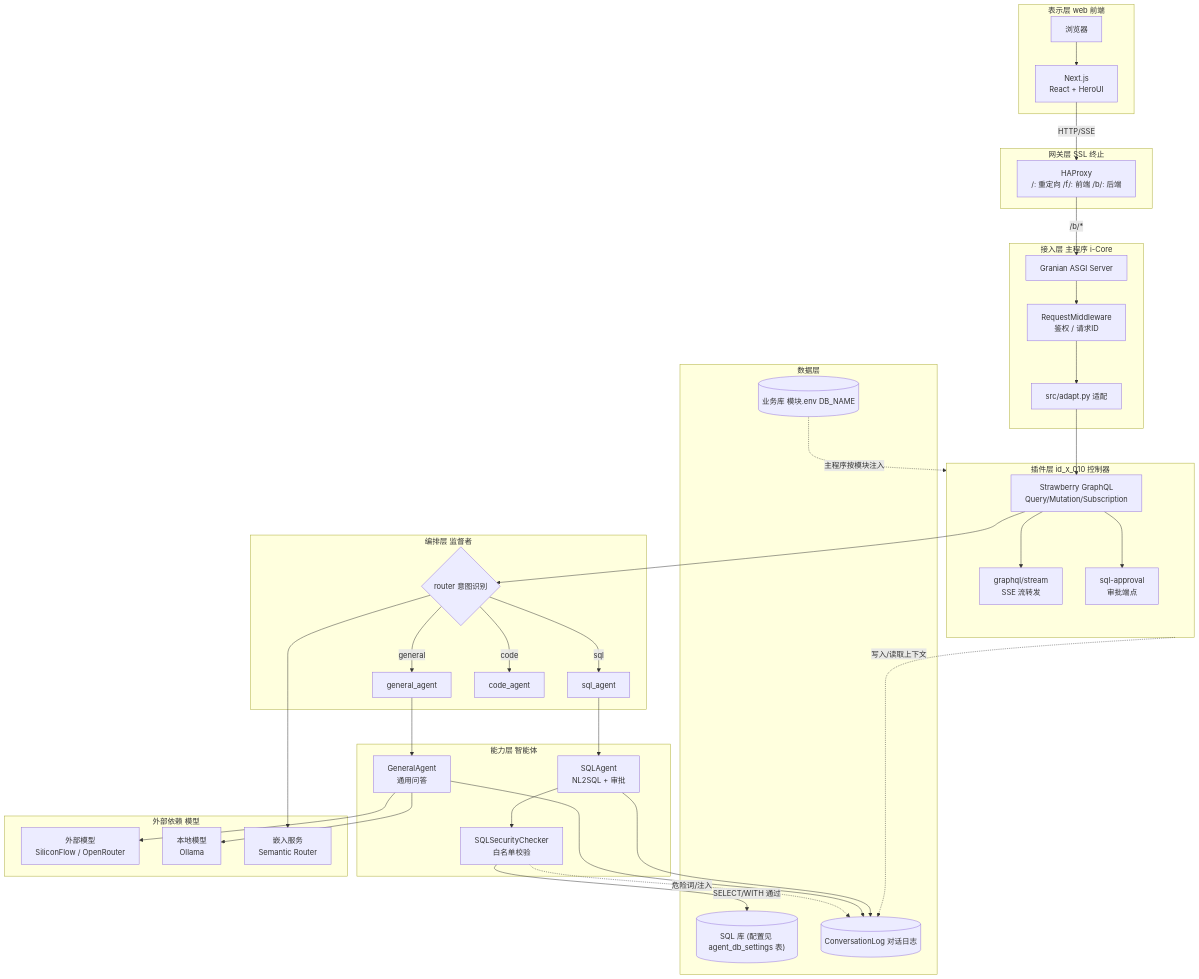
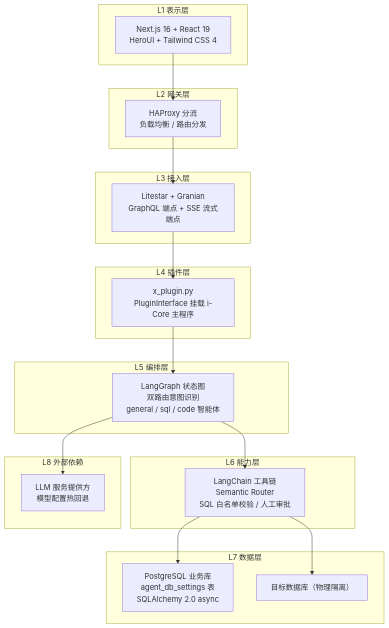
One commit to i-TorchLabs/id_x_010 changed the first of 2 diagrams in README.md. Above: the diagram before and after it, drawn with Mermaid. The commit also changed other lines of this file, not shown here.

````diff
--- a/README.md
+++ b/README.md
@@ -66,70 +67,37 @@
 ```mermaid
 graph TB
-  subgraph L1[表示层 web 前端]
-    Browser[浏览器]
-    NextJS["Next.js<br/>React + HeroUI"]
-  end
+    subgraph L1["L1 表示层"]
+        UI["Next.js 16 + React 19<br/>HeroUI + Tailwind CSS 4"]
+    end
+    subgraph L2["L2 网关层"]
+        GW["HAProxy 分流<br/>负载均衡 / 路由分发"]
+    end
+    subgraph L3["L3 接入层"]
+        AC["Litestar + Granian<br/>GraphQL 端点 + SSE 流式端点"]
+    end
+    subgraph L4["L4 插件层"]
+        PL["x_plugin.py<br/>PluginInterface 挂载 i-Core 主程序"]
+    end
+    subgraph L5["L5 编排层"]
+        OR["LangGraph 状态图<br/>双路由意图识别<br/>general / sql / code 智能体"]
+    end
+    subgraph L6["L6 能力层"]
+        CA["LangChain 工具链<br/>Semantic Router<br/>SQL 白名单校验 / 人工审批"]
+    end
+    subgraph L7["L7 数据层"]
+        DB["PostgreSQL 业务库<br/>agent_db_settings 表<br/>SQLAlchemy 2.0 async"]
+        TDB["目标数据库（物理隔离）"]
+    end
+    subgraph L8["L8 外部依赖"]
+        EXT["LLM 服务提供方<br/>模型配置热回退"]
+    end
 
-  subgraph L2[网关层 SSL 终止]
-    HAProxy[HAProxy<br/>/: 重定向 /f/: 前端 /b/: 后端]
-  end
-
-  subgraph L3[接入层 主程序 i-Core]
-    Granian[Granian ASGI Server]
-    MW[RequestMiddleware<br/>鉴权 / 请求ID]
-    Adapt["src/adapt.py 适配"]
-  end
-
-  subgraph L4[插件层 id_x_010 控制器]
-    GQL[Strawberry GraphQL<br/>Query/Mutation/Subscription]
-    SSE[graphql/stream<br/>SSE 流转发]
-    Approve[sql-approval<br/>审批端点]
-  end
-
-  subgraph L5[编排层 监督者]
-    Router{router 意图识别}
-    Router -->|general| GenA[general_agent]
-    Router -->|sql| SqlA[sql_agent]
-    Router -->|code| CodeA[code_agent]
-  end
-
-  subgraph L6[能力层 智能体]
-    General[GeneralAgent<br/>通用问答]
-    SQLAgent["SQLAgent<br/>NL2SQL + 审批"]
-    SACheck[SQLSecurityChecker<br/>白名单校验]
-  end
-
-  subgraph L7[数据层]
-    BizDB[(业务库 模块.env DB_NAME)]
-    AgentDB[("SQL 库 (配置见 agent_db_settings 表)")]
-    ConvLog[(ConversationLog 对话日志)]
-  end
-
-  subgraph L8[外部依赖 模型]
-    Ext[外部模型<br/>SiliconFlow / OpenRouter]
-    Local[本地模型<br/>Ollama]
-    Emb[嵌入服务<br/>Semantic Router]
-  end
-
-  Browser --> NextJS
-  NextJS -->|HTTP/SSE| HAProxy
-  HAProxy -->|/b/*| Granian
-  Granian --> MW
-  MW --> Adapt
-  Adapt --> GQL
-  GQL --> SSE
-  GQL --> Approve
-  GQL --> Router
-  GenA --> General
-  SqlA --> SQLAgent
-  SQLAgent --> SACheck
-  SACheck -->|SELECT/WITH 通过| AgentDB
-  SACheck -.->|危险词/注入| ConvLog
-  General --> ConvLog
-  SQLAgent --> ConvLog
-  General --> Ext
-  General --> Local
-  Router --> Emb
-  L4 -.->|写入/读取上下文| ConvLog
-  BizDB -.->|主程序按模块注入| L4
+    UI --> GW
+    GW --> AC
+    AC --> PL
+    PL --> OR
+    OR --> CA
+    CA --> DB
+    CA --> TDB
+    OR --> EXT
 ```
````
